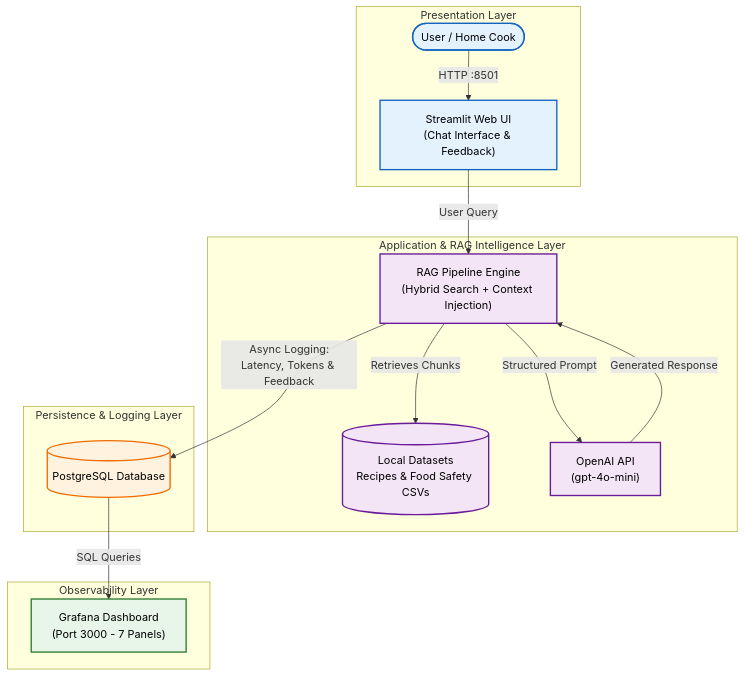
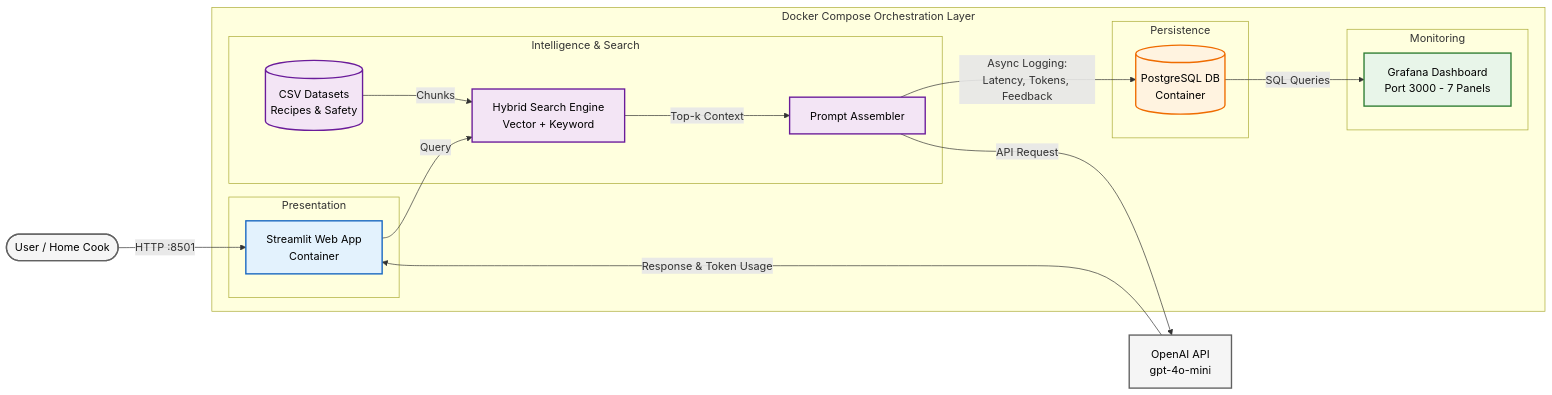
One commit to pePiangpi/streamCloud-sushi-assistant changed the diagram in README.md. Above: the diagram before and after it, drawn with Mermaid. The commit also changed other lines of this file, not shown here.

Commit message:
updated architect

````diff
--- a/README.md
+++ b/README.md
@@ -32,32 +31,41 @@
 ```mermaid
-flowchart TD
-    subgraph Client ["Presentation Layer"]
-        User([User / Home Cook]) -->|HTTP :8501| Streamlit["Streamlit Web UI<br/>(Chat Interface & Feedback)"]
+flowchart LR
+    User([User / Home Cook]) -->|HTTP :8501| Streamlit
+
+    subgraph Docker ["Docker Compose Orchestration Layer"]
+        subgraph Client ["Presentation"]
+            Streamlit[Streamlit Web App<br/>Container]
+        end
+
+        subgraph Engine ["Intelligence & Search"]
+            Streamlit -->|Query| Search[Hybrid Search Engine<br/>Vector + Keyword]
+            CSV[(CSV Datasets<br/>Recipes & Safety)] -->|Chunks| Search
+            Search -->|Top-k Context| Prompt[Prompt Assembler]
+        end
+
+        subgraph Storage ["Persistence"]
+            Prompt -->|Async Logging:<br/>Latency, Tokens, Feedback| Postgres[(PostgreSQL DB<br/>Container)]
+        end
+
+        subgraph Observability ["Monitoring"]
+            Postgres -->|SQL Queries| Grafana[Grafana Dashboard<br/>Port 3000 - 7 Panels]
+        end
     end
 
-    subgraph Core ["Application & RAG Intelligence Layer"]
-        Streamlit -->|User Query| RAG["RAG Pipeline Engine<br/>(Hybrid Search + Context Injection)"]
-        RAG -->|Retrieves Chunks| LocalData[(Local Datasets<br/>Recipes & Food Safety CSVs)]
-        RAG -->|Structured Prompt| OpenAI["OpenAI API<br/>(gpt-4o-mini)"]
-        OpenAI -->|Generated Response| RAG
-    end
-
-    subgraph Storage ["Persistence & Logging Layer"]
-        RAG -->|Async Logging:<br/>Latency, Tokens & Feedback| Postgres[(PostgreSQL Database)]
-    end
-
-    subgraph Observability ["Observability Layer"]
-        Postgres -->|SQL Queries| Grafana["Grafana Dashboard<br/>(Port 3000 - 7 Panels)"]
-    end
+    Prompt -->|API Request| OpenAI[OpenAI API<br/>gpt-4o-mini]
+    OpenAI -->|Response & Token Usage| Streamlit
 
     %% Styling & Theme Colors
+    classDef external fill:#F5F5F5,stroke:#616161,stroke-width:2px,color:#000;
     classDef client fill:#E3F2FD,stroke:#1565C0,stroke-width:2px,color:#000;
-    classDef core fill:#F3E5F5,stroke:#6A1B9A,stroke-width:2px,color:#000;
+    classDef engine fill:#F3E5F5,stroke:#6A1B9A,stroke-width:2px,color:#000;
     classDef storage fill:#FFF3E0,stroke:#EF6C00,stroke-width:2px,color:#000;
     classDef obs fill:#E8F5E9,stroke:#2E7D32,stroke-width:2px,color:#000;
 
-    class User,Streamlit client;
-    class RAG,LocalData,OpenAI core;
+    class User,OpenAI external;
+    class Streamlit client;
+    class Search,CSV,Prompt engine;
     class Postgres storage;
     class Grafana obs;
+
 ```
````
